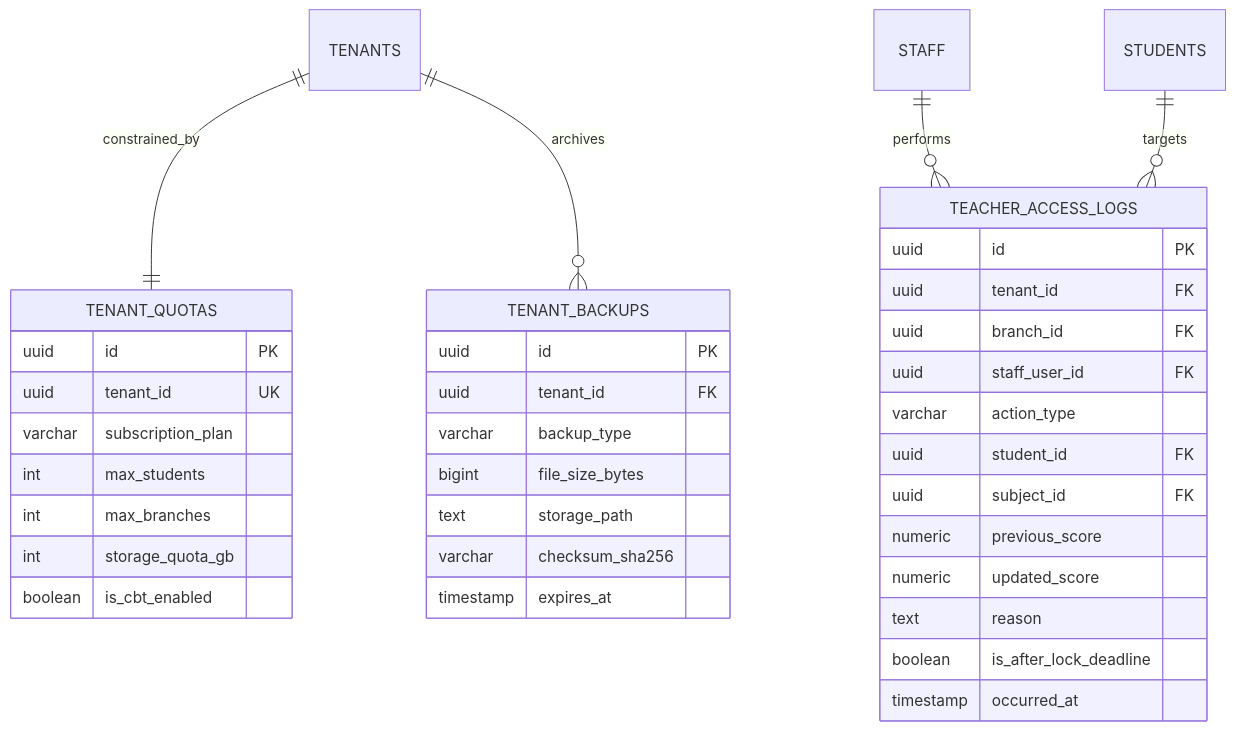
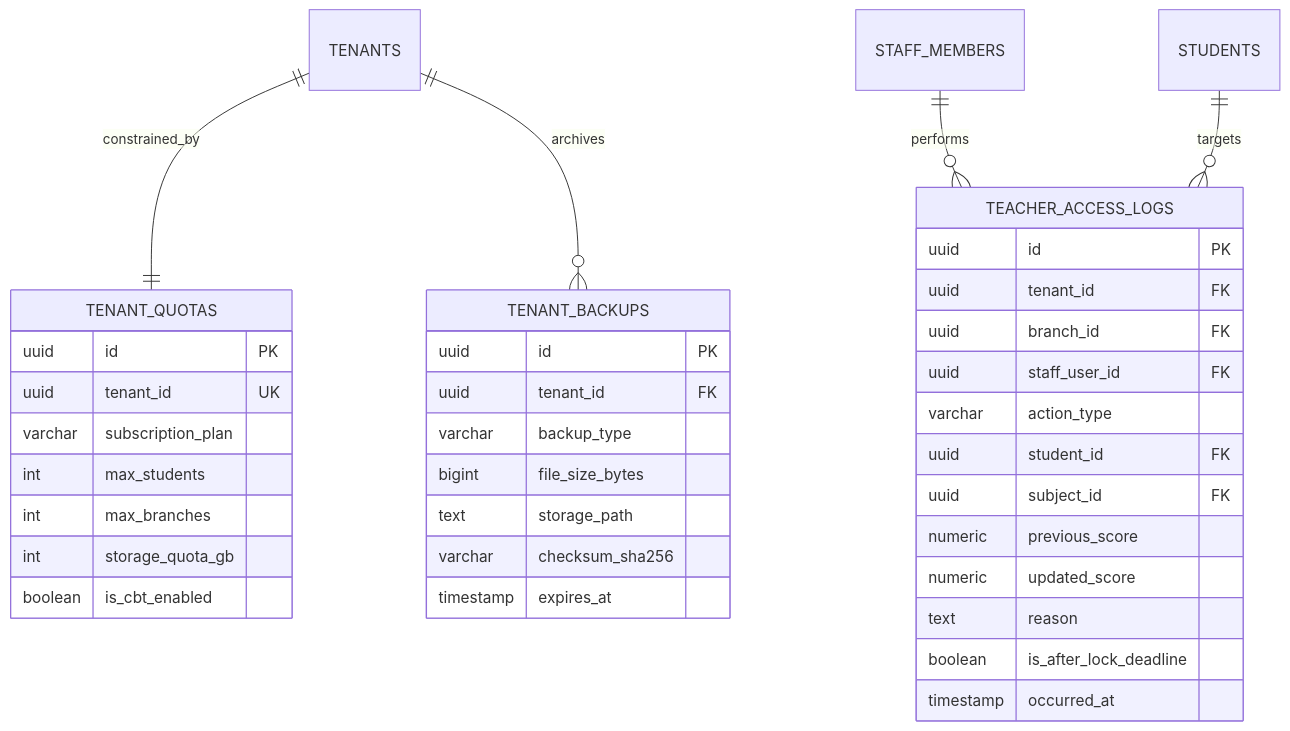
The ninth of 9 diagrams in docs/03-database/ERD.md (Yoba21/Fidel_Hub), drawn with Mermaid before and after one commit. The commit also changed other lines of this file and 41 other files, not shown here.

````diff
--- a/docs/03-database/ERD.md
+++ b/docs/03-database/ERD.md
@@ -490,42 +491,42 @@
 ```mermaid
 erDiagram
     TENANTS ||--|| TENANT_QUOTAS : constrained_by
     TENANTS ||--o{ TENANT_BACKUPS : archives
-    STAFF ||--o{ TEACHER_ACCESS_LOGS : performs
+    STAFF_MEMBERS ||--o{ TEACHER_ACCESS_LOGS : performs
     STUDENTS ||--o{ TEACHER_ACCESS_LOGS : targets
 
     TENANT_QUOTAS {
         uuid id PK
         uuid tenant_id UK
         varchar subscription_plan
         int max_students
         int max_branches
         int storage_quota_gb
         boolean is_cbt_enabled
     }
 
     TEACHER_ACCESS_LOGS {
         uuid id PK
         uuid tenant_id FK
         uuid branch_id FK
         uuid staff_user_id FK
         varchar action_type
         uuid student_id FK
         uuid subject_id FK
         numeric previous_score
         numeric updated_score
         text reason
         boolean is_after_lock_deadline
         timestamp occurred_at
     }
 
     TENANT_BACKUPS {
         uuid id PK
         uuid tenant_id FK
         varchar backup_type
         bigint file_size_bytes
         text storage_path
         varchar checksum_sha256
         timestamp expires_at
     }
 ```
````
